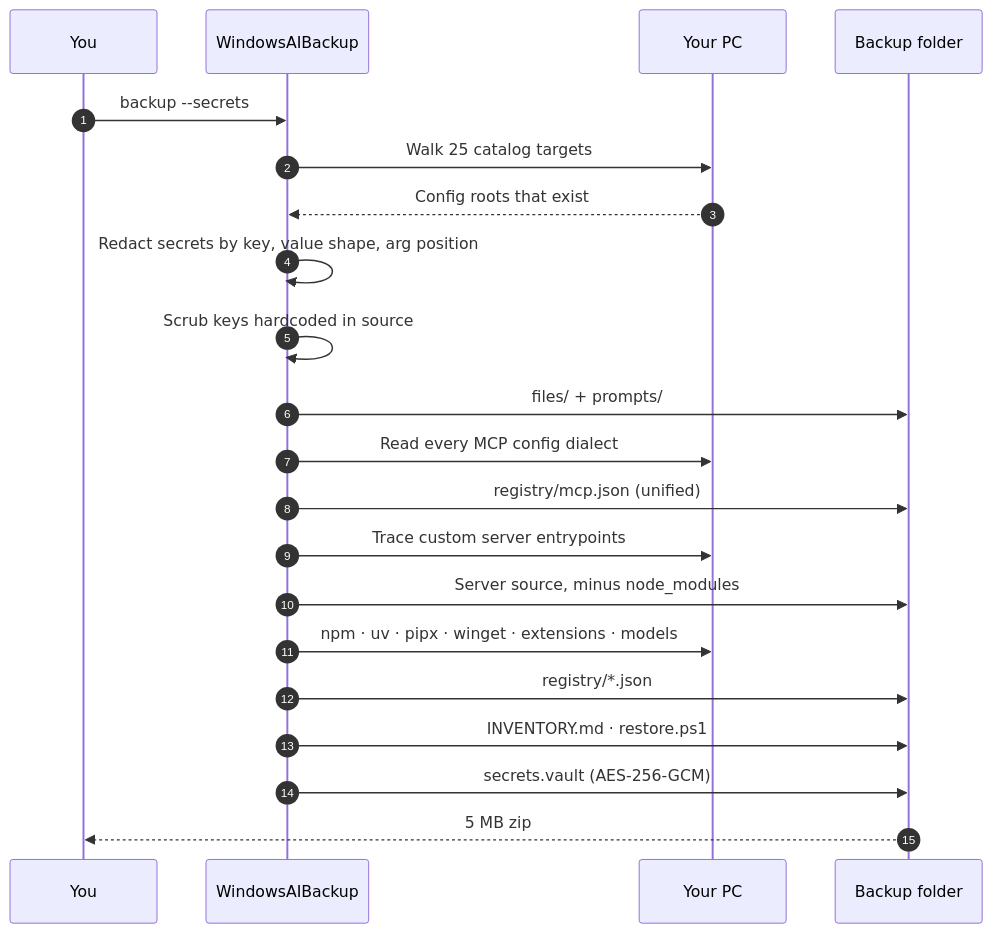
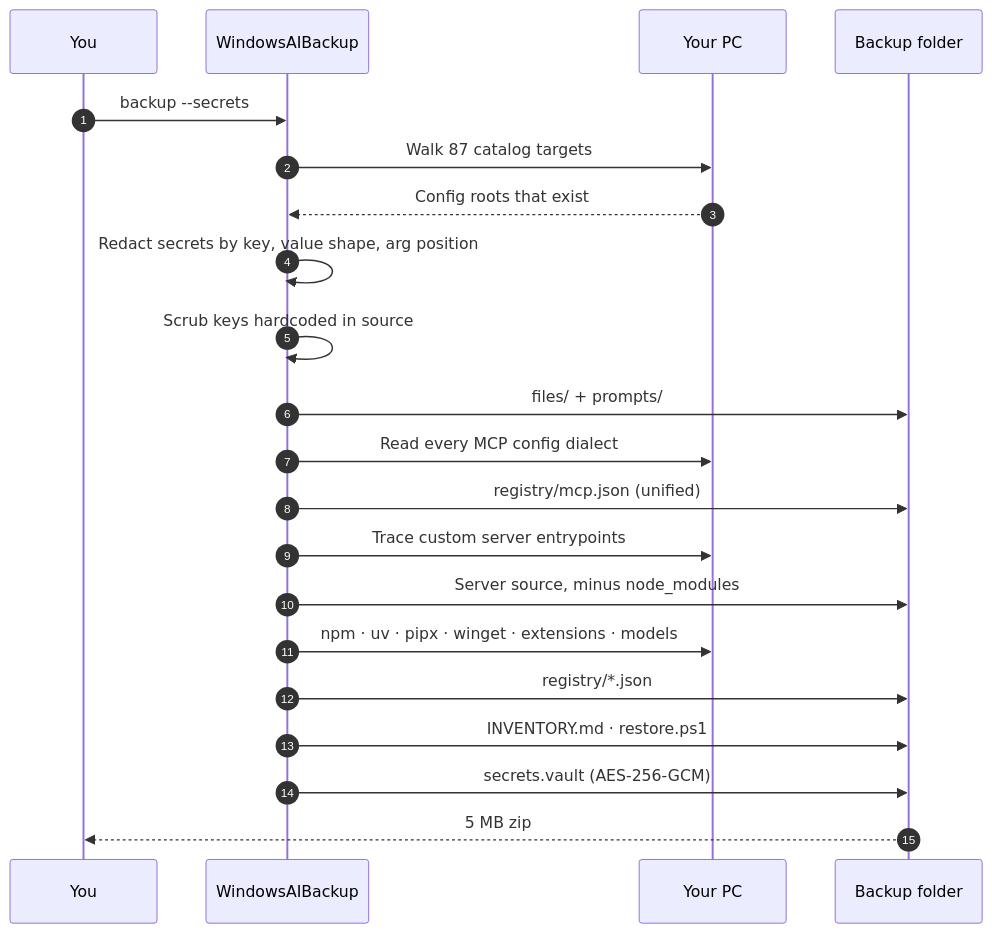
Before and after one commit to srksourabh/windows-ai-backup: the fourth of 7 diagrams in README.md, drawn with Mermaid. The commit also changed other lines of this file and 28 other files, not shown here.

````diff
--- a/README.md
+++ b/README.md
@@ -167,24 +240,24 @@
 ```mermaid
 sequenceDiagram
     autonumber
     participant U as You
     participant W as WindowsAIBackup
     participant FS as Your PC
     participant O as Backup folder
 
     U->>W: backup --secrets
-    W->>FS: Walk 25 catalog targets
+    W->>FS: Walk 87 catalog targets
     FS-->>W: Config roots that exist
     W->>W: Redact secrets by key, value shape, arg position
     W->>W: Scrub keys hardcoded in source
     W->>O: files/ + prompts/
     W->>FS: Read every MCP config dialect
     W->>O: registry/mcp.json (unified)
     W->>FS: Trace custom server entrypoints
     W->>O: Server source, minus node_modules
     W->>FS: npm · uv · pipx · winget · extensions · models
     W->>O: registry/*.json
     W->>O: INVENTORY.md · restore.ps1
     W->>O: secrets.vault (AES-256-GCM)
     O-->>U: 5 MB zip
 ```
````
